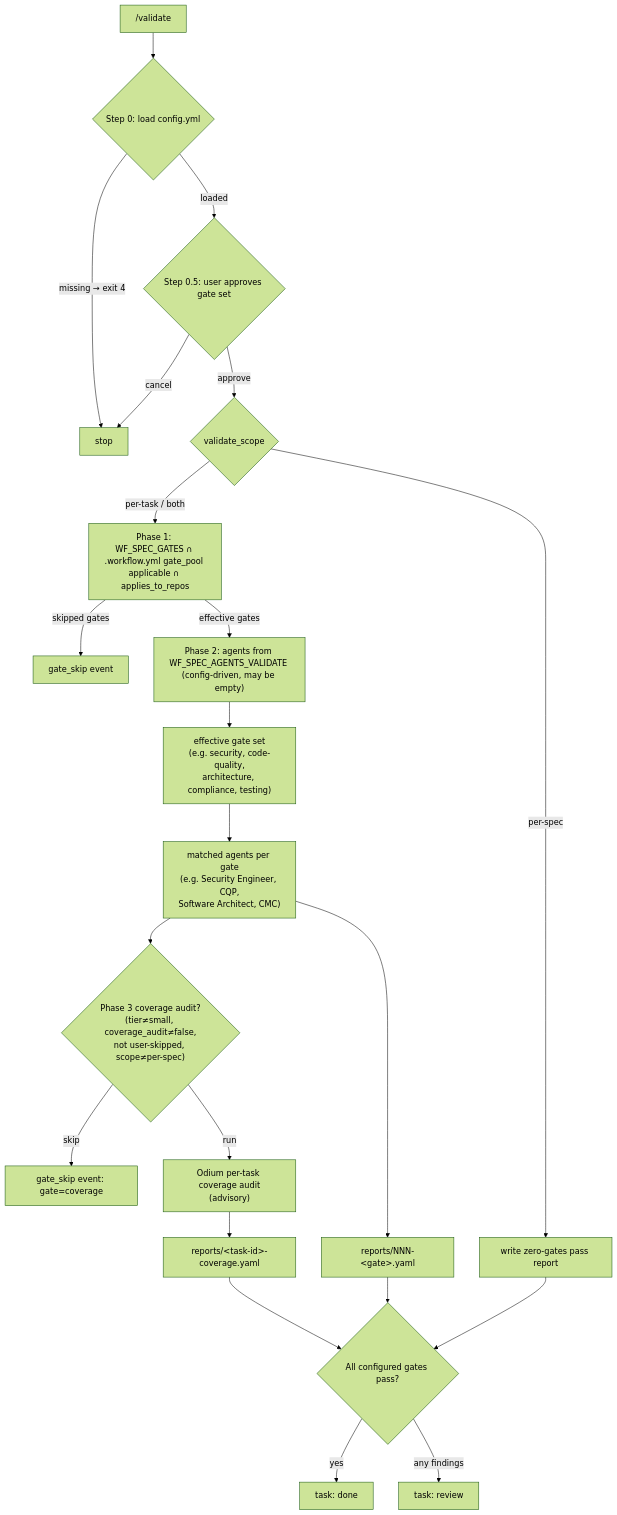
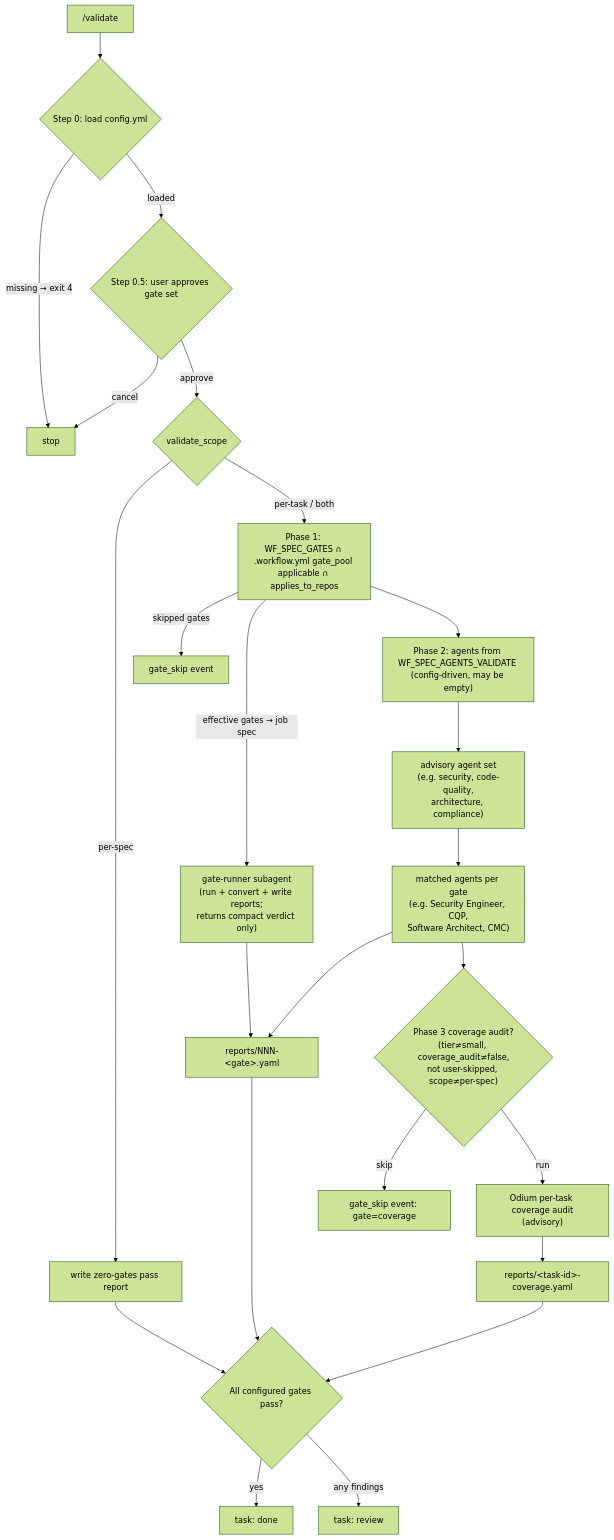
The fourth of 14 diagrams in docs/workflow-diagram.md (AlarQ/SDD-hub), drawn with Mermaid (forest theme) before and after one commit. The commit also changed other lines of this file and 2 other files, not shown here.

Commit message:
feat: detemrinistic gate agent

````diff
--- a/docs/workflow-diagram.md
+++ b/docs/workflow-diagram.md
@@ -160,27 +160,29 @@
 ```mermaid
 graph TD
     V["/validate"] --> CFG0{Step 0: load config.yml}
     CFG0 -->|missing → exit 4| STOP_V[stop]
     CFG0 -->|loaded| APPR{Step 0.5: user approves gate set}
     APPR -->|cancel| STOP_V
     APPR -->|approve| SCOPE{validate_scope}
     SCOPE -->|per-spec| PASS[write zero-gates pass report]
     SCOPE -->|per-task / both| CEIL["Phase 1: WF_SPEC_GATES ∩ .workflow.yml gate_pool applicable ∩ applies_to_repos"]
     CEIL -->|skipped gates| SKIP[gate_skip event]
-    CEIL -->|effective gates| AGT["Phase 2: agents from WF_SPEC_AGENTS_VALIDATE (config-driven, may be empty)"]
+    CEIL -->|effective gates → job spec| GR["gate-runner subagent<br/>(run + convert + write reports;<br/>returns compact verdict only)"]
+    GR --> REPORTS[reports/NNN-&lt;gate&gt;.yaml]
+    CEIL --> AGT["Phase 2: agents from WF_SPEC_AGENTS_VALIDATE (config-driven, may be empty)"]
 
-    AGT --> GATES["effective gate set<br/>(e.g. security, code-quality,<br/>architecture, compliance, testing)"]
+    AGT --> GATES["advisory agent set<br/>(e.g. security, code-quality,<br/>architecture, compliance)"]
     GATES --> AGENTS["matched agents per gate<br/>(e.g. Security Engineer, CQP,<br/>Software Architect, CMC)"]
-    AGENTS --> REPORTS[reports/NNN-&lt;gate&gt;.yaml]
+    AGENTS --> REPORTS
 
     AGENTS --> COVGATE{"Phase 3 coverage audit?<br/>(tier≠small, coverage_audit≠false,<br/>not user-skipped, scope≠per-spec)"}
     COVGATE -->|skip| COVSKIP[gate_skip event: gate=coverage]
     COVGATE -->|run| COV["Odium per-task coverage audit<br/>(advisory)"]
     COV --> COVREP["reports/&lt;task-id&gt;-coverage.yaml"]
     COVREP --> AGG
 
     REPORTS --> AGG{All configured gates pass?}
     PASS --> AGG
     AGG -->|yes| DONE[task: done]
     AGG -->|any findings| REVIEW[task: review]
 ```
````
